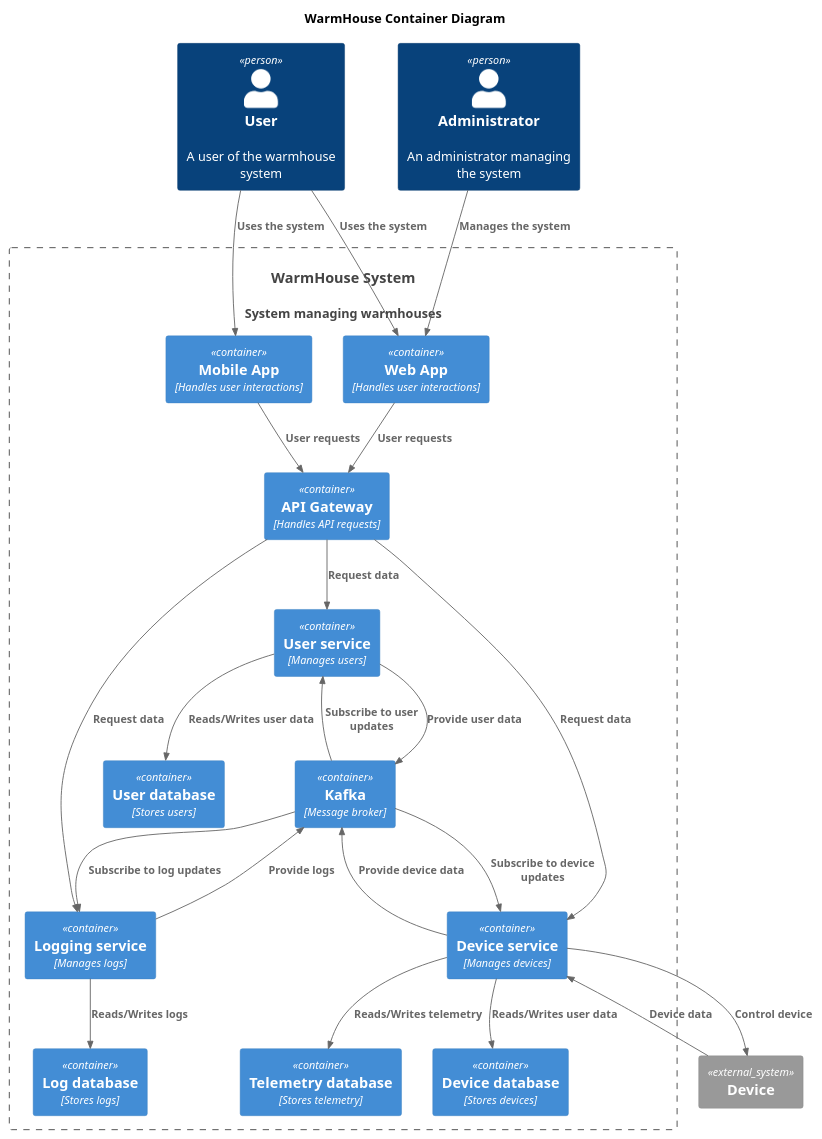
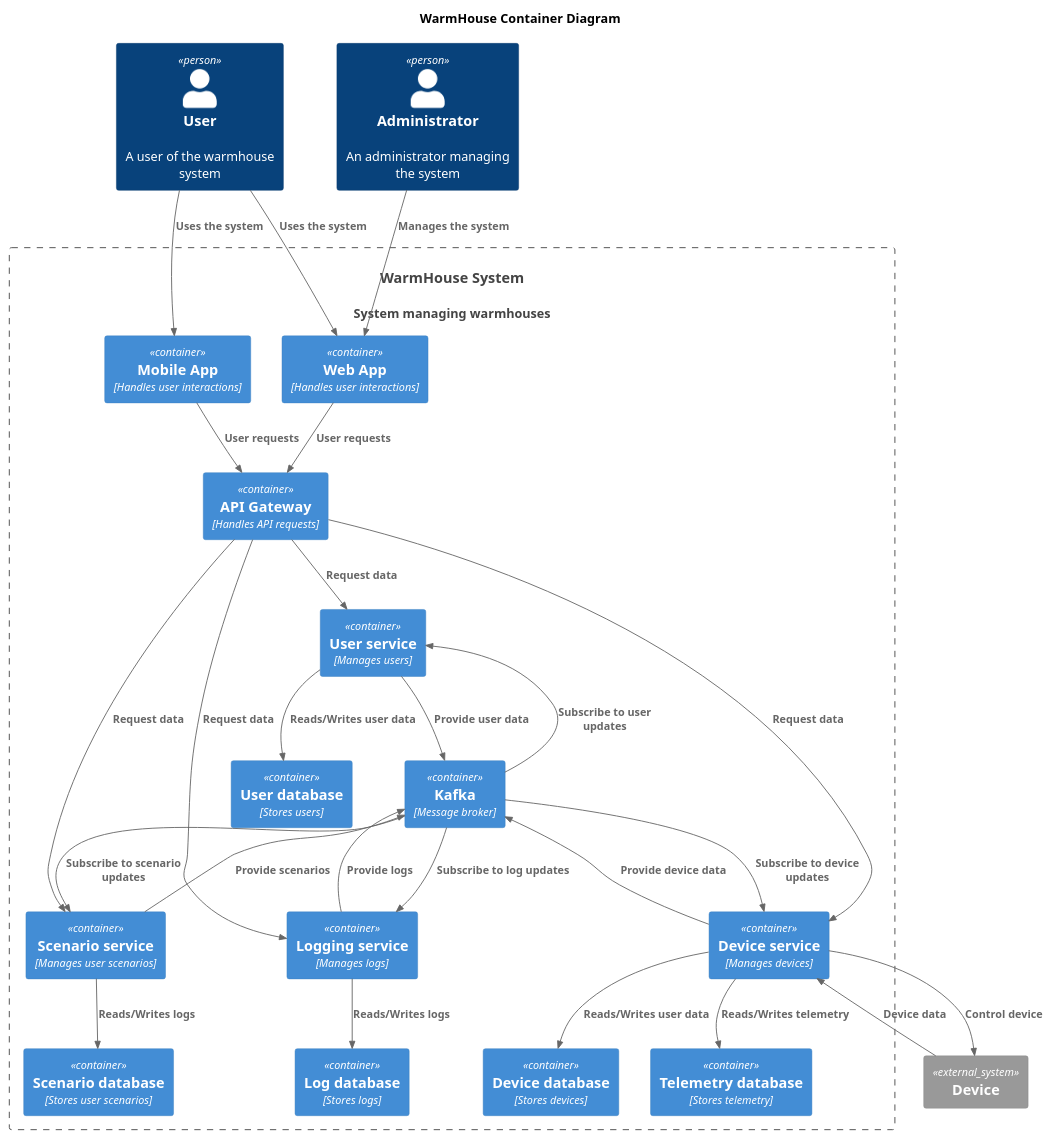
Before and after one commit to drivenfw/architecture-sprint-3: the diagram in diagrams/Container.puml, drawn with PlantUML. The commit also changed 1 other file, not shown here.

Commit message:
Add user scenarios

```diff
--- a/diagrams/Container.puml
+++ b/diagrams/Container.puml
@@ -1,48 +1,54 @@
 @startuml
 title WarmHouse Container Diagram
 
 top to bottom direction
 
 !includeurl https://raw.githubusercontent.com/RicardoNiepel/C4-PlantUML/master/C4_Component.puml
 
 Person(user, "User", "A user of the warmhouse system")
 Person(admin, "Administrator", "An administrator managing the system")
 System(WarmHouseSystem, "WarmHouse System", "System managing warmhouses")
 
 Container_Boundary(WarmHouseSystem, "WarmHouse System") {
   Container(MobileApp, "Mobile App", "Handles user interactions")
   Container(WebApp, "Web App", "Handles user interactions")
   Container(ApiGateway, "API Gateway", "Handles API requests")
   Container(UserService, "User service", "Manages users")
   Container(LoggingService, "Logging service", "Manages logs")
   Container(DeviceService, "Device service", "Manages devices")
+  Container(ScenarioService, "Scenario service", "Manages user scenarios")
   Container(DeviceDB, "Device database", "Stores devices")
   Container(TelemetryDB, "Telemetry database", "Stores telemetry")
   Container(UserDB, "User database", "Stores users")
   Container(Kafka, "Kafka", "Message broker")
   Container(LogDB, "Log database", "Stores logs")
+  Container(ScenarioDB, "Scenario database", "Stores user scenarios")
 }
 
 System_Ext(device, "Device")
 
 Rel(user, MobileApp, "Uses the system")
 Rel(user, WebApp, "Uses the system")
 Rel(admin, WebApp,"Manages the system")
 Rel(MobileApp, ApiGateway, "User requests")
 Rel(WebApp, ApiGateway, "User requests")
 Rel(ApiGateway, UserService, "Request data")
 Rel(ApiGateway, LoggingService, "Request data")
 Rel(ApiGateway, DeviceService, "Request data")
+Rel(ApiGateway, ScenarioService, "Request data")
 Rel(DeviceService, DeviceDB, "Reads/Writes user data")
 Rel(DeviceService, TelemetryDB, "Reads/Writes telemetry")
 Rel(UserService, UserDB, "Reads/Writes user data")
 Rel(Kafka, DeviceService, "Subscribe to device updates")
 Rel(DeviceService, Kafka, "Provide device data")
 Rel(Kafka, UserService, "Subscribe to user updates")
 Rel(UserService, Kafka, "Provide user data")
 Rel(DeviceService, device, "Control device")
 Rel(device, DeviceService, "Device data")
 Rel(Kafka, LoggingService, "Subscribe to log updates")
 Rel(LoggingService, Kafka, "Provide logs")
 Rel(LoggingService, LogDB, "Reads/Writes logs")
+Rel(ScenarioService, ScenarioDB, "Reads/Writes logs")
+Rel(Kafka, ScenarioService, "Subscribe to scenario updates")
+Rel(ScenarioService, Kafka, "Provide scenarios")
 @enduml
```
